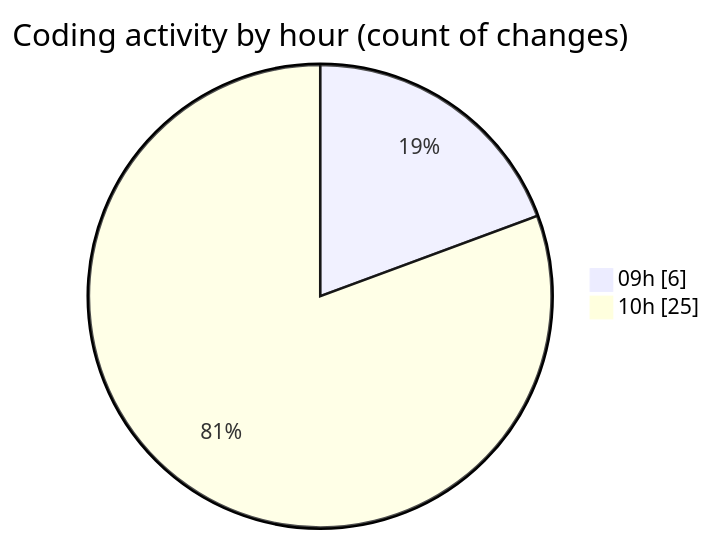
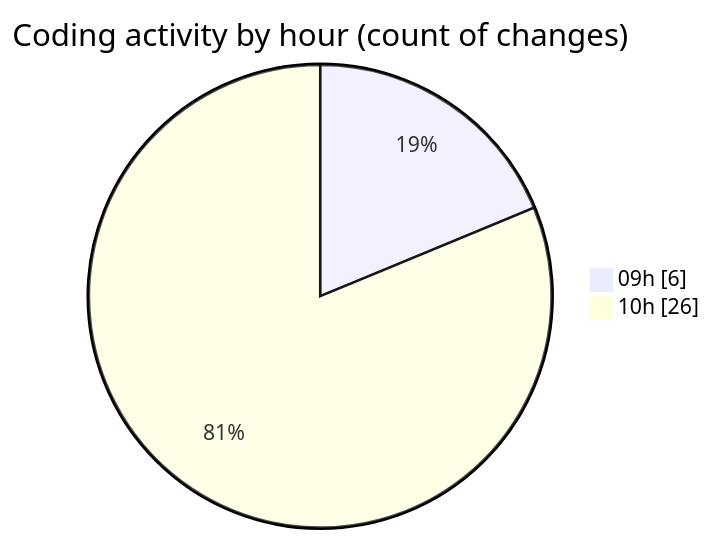
Before and after one commit to momahboobian/code-tracking: the second of 2 diagrams in 2025-01-20/activity-tracker/README.md, drawn with Mermaid. The commit also changed other lines of this file and 1 other file, not shown here.

````diff
--- a/2025-01-20/activity-tracker/README.md
+++ b/2025-01-20/activity-tracker/README.md
@@ -31,6 +31,6 @@
 ```mermaid
 pie showData
 title Coding activity by hour (count of changes)
 "09h" : 6
-"10h" : 25
+"10h" : 26
 ```
````
